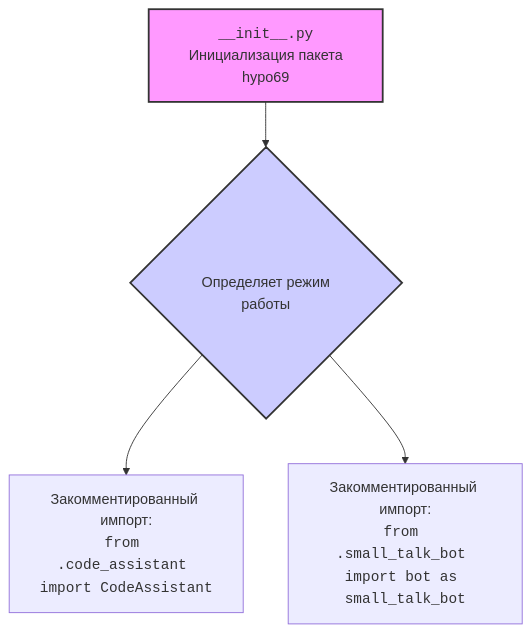
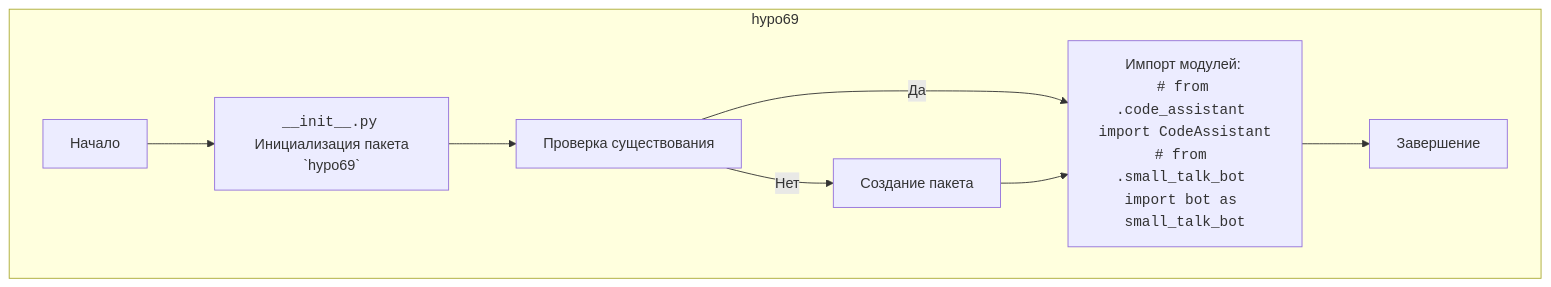
One commit to hypo69/hypo changed the second of 2 diagrams in docs/gemini/ru/explainer/src/endpoints/hypo69/__init__.py.md. Above: the diagram before and after it, drawn with Mermaid. The commit also changed other lines of this file and 1505 other files, not shown here.

````diff
--- a/docs/gemini/ru/explainer/src/endpoints/hypo69/__init__.py.md
+++ b/docs/gemini/ru/explainer/src/endpoints/hypo69/__init__.py.md
@@ -30,9 +28,11 @@
 ```mermaid
 flowchart TD
-    A[<code>__init__.py</code><br> Инициализация пакета hypo69] --> B{ <br> Определяет режим работы};
-    B --> C[Закомментированный импорт:<br><code>from .code_assistant import CodeAssistant</code>];
-    B --> D[Закомментированный импорт:<br><code>from .small_talk_bot import bot as small_talk_bot</code>];
-
-    style A fill:#f9f,stroke:#333,stroke-width:2px
-    style B fill:#ccf,stroke:#333,stroke-width:2px
+    subgraph hypo69
+    Start[Начало] --> PackageInit[<code>__init__.py</code> <br> Инициализация пакета `hypo69`];
+    PackageInit --> Check[Проверка существования];
+    Check --  Да --> ImportModules[Импорт модулей: <br> <code># from .code_assistant import CodeAssistant</code><br><code># from .small_talk_bot import bot as small_talk_bot</code>];
+    Check -- Нет --> CreatePackage[Создание пакета];
+    CreatePackage --> ImportModules;
+    ImportModules --> End[Завершение];
+   end
 ```
````
